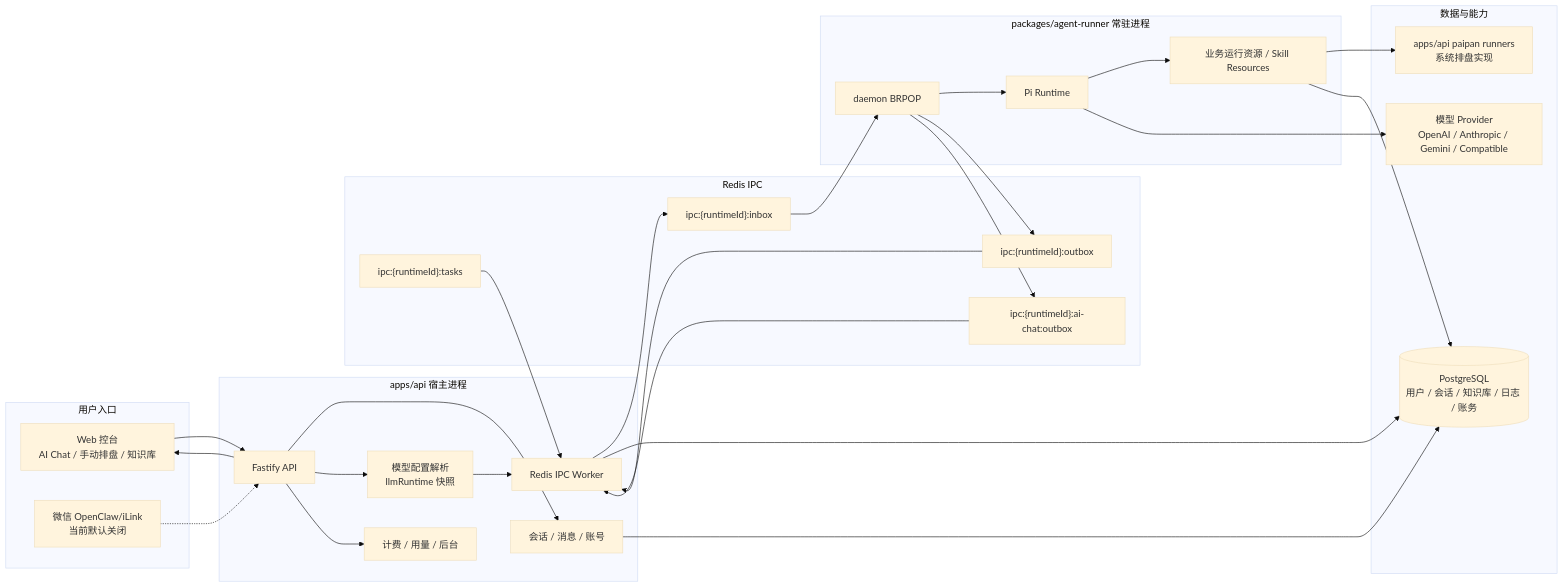
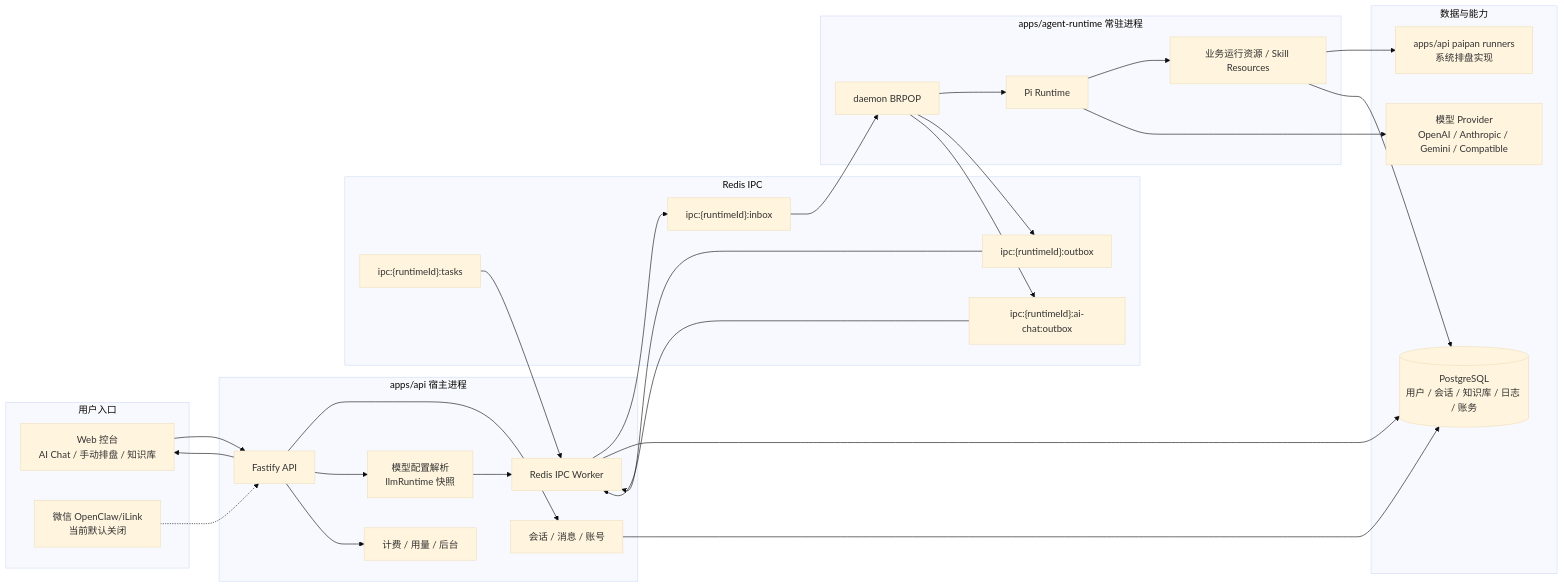
Before and after one commit to Coaixy/FateClaw: the first of 3 diagrams in README.md, drawn with Mermaid (base theme). The commit also changed other lines of this file and 89 other files, not shown here.

````diff
--- a/README.md
+++ b/README.md
@@ -21,56 +21,56 @@
 ```mermaid
 flowchart LR
   subgraph Client["用户入口"]
     Web["Web 控台<br/>AI Chat / 手动排盘 / 知识库"]
     WeChat["微信 OpenClaw/iLink<br/>当前默认关闭"]
   end
 
   subgraph Host["apps/api 宿主进程"]
     Fastify["Fastify API"]
     Session["会话 / 消息 / 账号"]
     Runtime["模型配置解析<br/>llmRuntime 快照"]
     Billing["计费 / 用量 / 后台"]
     IpcWorker["Redis IPC Worker"]
   end
 
   subgraph Redis["Redis IPC"]
     Inbox["ipc:{runtimeId}:inbox"]
     Outbox["ipc:{runtimeId}:outbox"]
     AiOutbox["ipc:{runtimeId}:ai-chat:outbox"]
     TaskQueue["ipc:{runtimeId}:tasks"]
   end
 
-  subgraph Agent["packages/agent-runner 常驻进程"]
+  subgraph Agent["apps/agent-runtime 常驻进程"]
     Daemon["daemon BRPOP"]
     Kernel["Pi Runtime"]
     Tools["业务运行资源 / Skill Resources"]
   end
 
   subgraph Data["数据与能力"]
     PG[("PostgreSQL<br/>用户 / 会话 / 知识库 / 日志 / 账务")]
     PaipanRuntime["apps/api paipan runners<br/>系统排盘实现"]
     LLM["模型 Provider<br/>OpenAI / Anthropic / Gemini / Compatible"]
   end
 
   Web --> Fastify
   WeChat -.-> Fastify
   Fastify --> Session
   Fastify --> Runtime
   Fastify --> Billing
   Session --> PG
   Runtime --> IpcWorker
   IpcWorker --> Inbox
   Inbox --> Daemon
   Daemon --> Kernel
   Kernel --> Tools
   Tools --> PaipanRuntime
   Tools --> PG
   Kernel --> LLM
   Daemon --> Outbox
   Daemon --> AiOutbox
   Outbox --> IpcWorker
   AiOutbox --> IpcWorker
   TaskQueue --> IpcWorker
   IpcWorker --> PG
   Fastify --> Web
 ```
````
